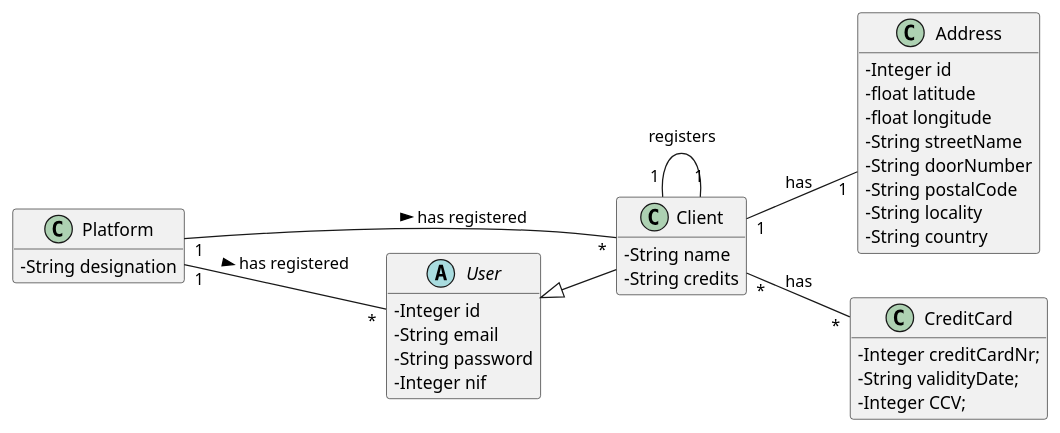
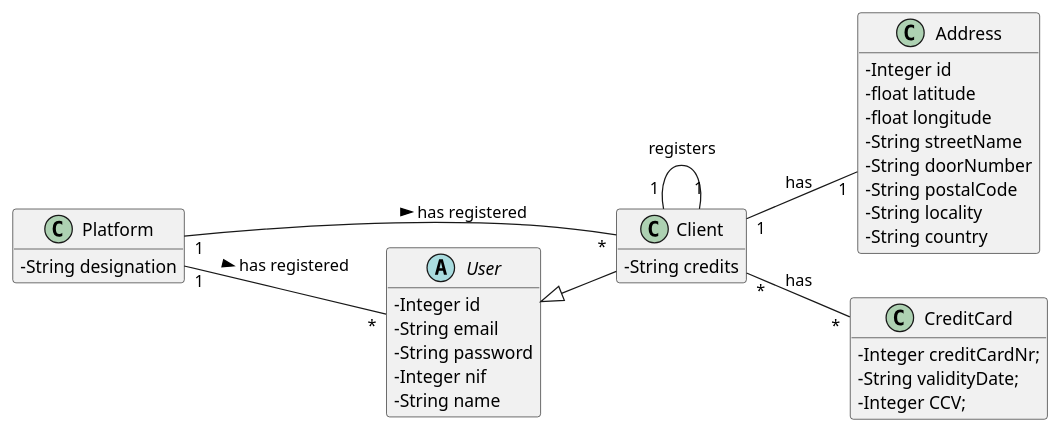
The diagram in docs/Iteration 1/User Management/US18_RegisterClient/US18_DM.puml (tiagoavcosta25/LAPR3), drawn with PlantUML before and after one commit. The commit also changed other lines of this file and 9 other files, not shown here.

```diff
--- a/docs/Iteration 1/User Management/US18_RegisterClient/US18_DM.puml
+++ b/docs/Iteration 1/User Management/US18_RegisterClient/US18_DM.puml
@@ -1,48 +1,48 @@
 @startuml
 skinparam classAttributeIconSize 0
 hide methods
 left to right direction
 
 class Platform {
 -   String designation
 }
 
 class Client{
--String name
 -String credits
 }
 
 abstract class User{
 -Integer id
 -String email
 -String password
 -Integer nif
+-String name
 }
 
 class Address{
 -Integer id
 -float latitude
 -float longitude
 -String streetName
 -String doorNumber
 -String postalCode
 -String locality
 -String country
 }
 
 class CreditCard{
 -Integer creditCardNr;
 -String validityDate;
 -Integer CCV;
 +CreditCard(creditCardNr,validityDate,CCV)
 }
 
 class Client extends User
 
 
 Client "1" -- "1" Client : registers
 Client "1" -- "1" Address : has
 Client "*" -- "*" CreditCard : has
 Platform "1" -- "*" Client : has registered >
 Platform "1" -- "*" User : has registered >
 @enduml
```
